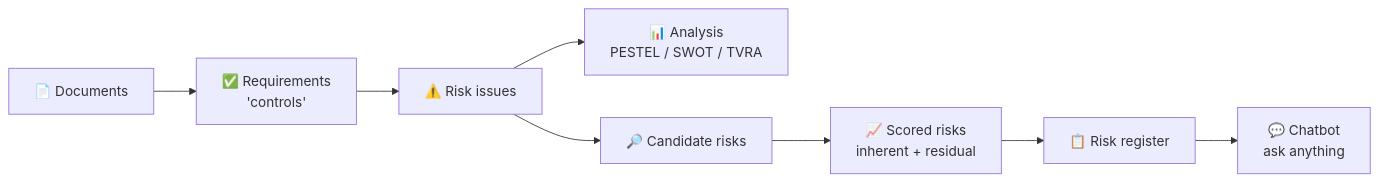
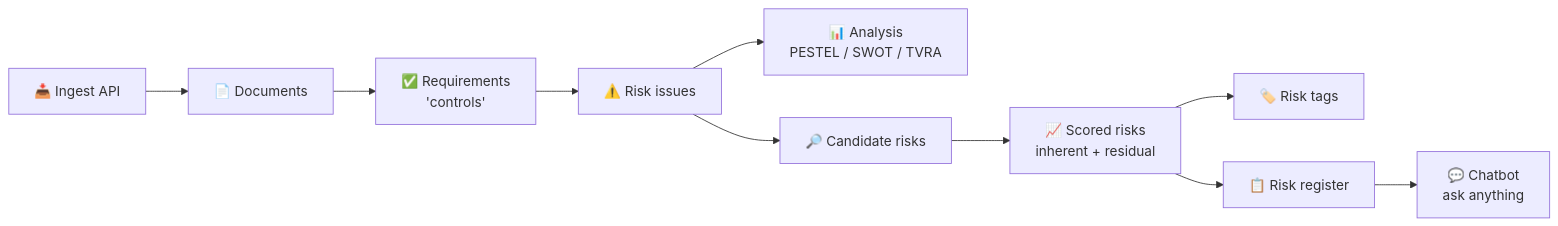
The diagram in mint-docs/introduction.mdx (datahub-admin-cd/iso-robot), drawn with Mermaid before and after one commit. The commit also changed other lines of this file and 10 other files, not shown here.

````diff
--- a/mint-docs/introduction.mdx
+++ b/mint-docs/introduction.mdx
@@ -52,10 +52,12 @@
 ```mermaid
 flowchart LR
-    D[📄 Documents] --> C[✅ Requirements<br/>'controls']
+    IN[📥 Ingest API] --> D[📄 Documents]
+    D --> C[✅ Requirements<br/>'controls']
     C --> I[⚠️ Risk issues]
     I --> CL[📊 Analysis<br/>PESTEL / SWOT / TVRA]
     I --> CR[🔎 Candidate risks]
     CR --> RA[📈 Scored risks<br/>inherent + residual]
+    RA --> TG[🏷️ Risk tags]
     RA --> P[📋 Risk register]
     P --> CB[💬 Chatbot<br/>ask anything]
 ```
````
